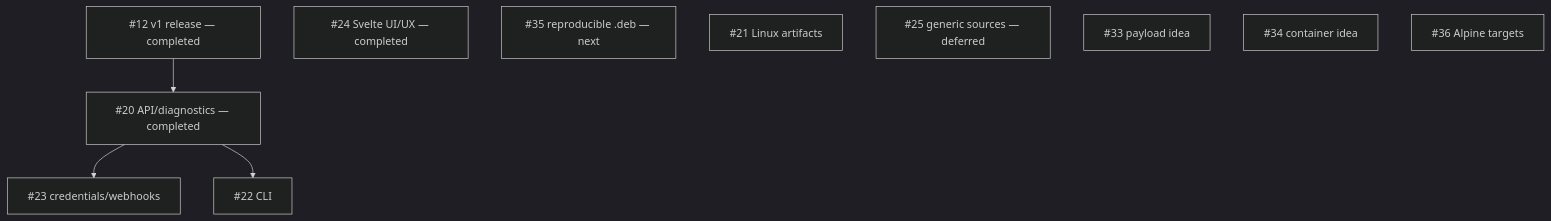
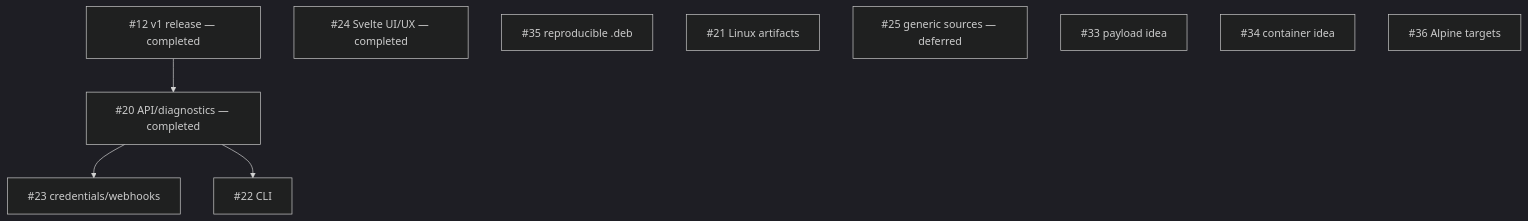
Before and after one commit to ProBatou/DebBuilder: the diagram in docs/ROADMAP.md, drawn with Mermaid (dark theme). The commit also changed other lines of this file and 5 other files, not shown here.

````diff
--- a/docs/ROADMAP.md
+++ b/docs/ROADMAP.md
@@ -85,18 +84,18 @@
 ```mermaid
 flowchart TD
     I12["#12 v1 release — completed"]
     I20["#20 API/diagnostics — completed"]
     I24["#24 Svelte UI/UX — completed"]
-    I35["#35 reproducible .deb — next"]
+    I35["#35 reproducible .deb"]
     I21["#21 Linux artifacts"]
     I23["#23 credentials/webhooks"]
     I22["#22 CLI"]
     I25["#25 generic sources — deferred"]
     I33["#33 payload idea"]
     I34["#34 container idea"]
     I36["#36 Alpine targets"]
 
     I12 --> I20
     I20 --> I23
     I20 --> I22
 ```
````
